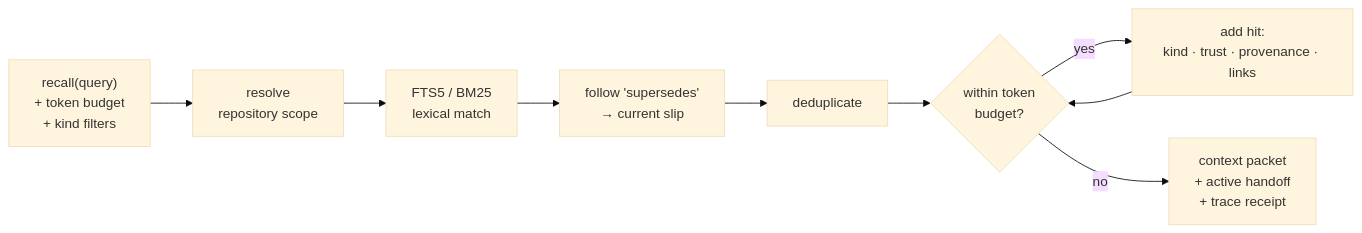
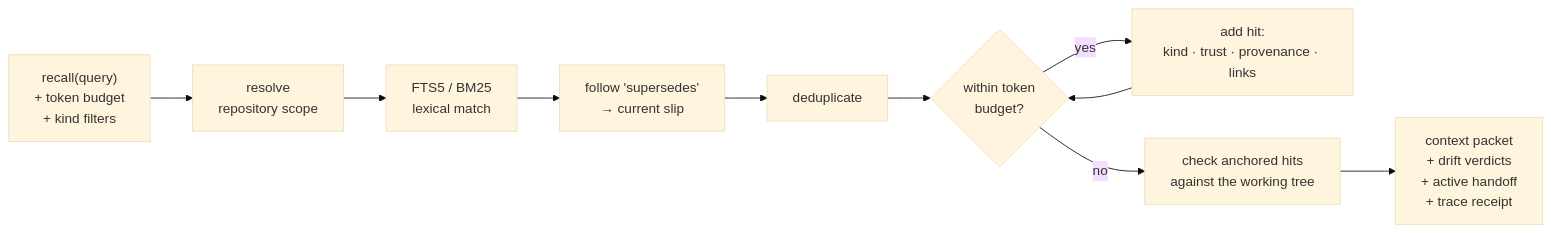
The third of 4 diagrams in README.md (sanjayrohith/Dejavu), drawn with Mermaid (base theme) before and after one commit. The commit also changed other lines of this file and 5 other files, not shown here.

````diff
--- a/README.md
+++ b/README.md
@@ -168,11 +172,12 @@
 ```mermaid
 flowchart LR
     Q["recall(query)<br/>+ token budget<br/>+ kind filters"] --> SC["resolve<br/>repository scope"]
     SC --> FTS["FTS5 / BM25<br/>lexical match"]
     FTS --> SUP["follow 'supersedes'<br/>→ current slip"]
     SUP --> DED["deduplicate"]
     DED --> BUD{"within token<br/>budget?"}
     BUD -->|yes| PKT["add hit:<br/>kind · trust · provenance · links"]
     PKT --> BUD
-    BUD -->|no| OUT["context packet<br/>+ active handoff<br/>+ trace receipt"]
+    BUD -->|no| DRIFT["check anchored hits<br/>against the working tree"]
+    DRIFT --> OUT["context packet<br/>+ drift verdicts<br/>+ active handoff<br/>+ trace receipt"]
 ```
````
